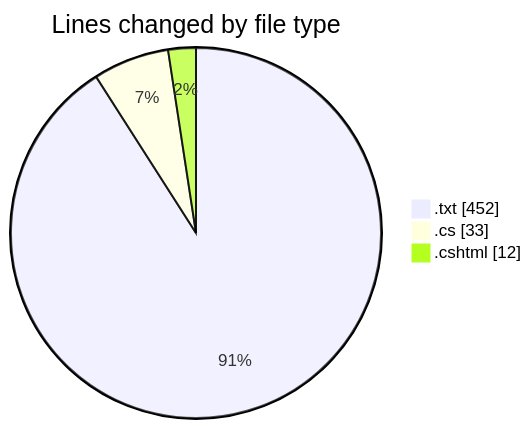
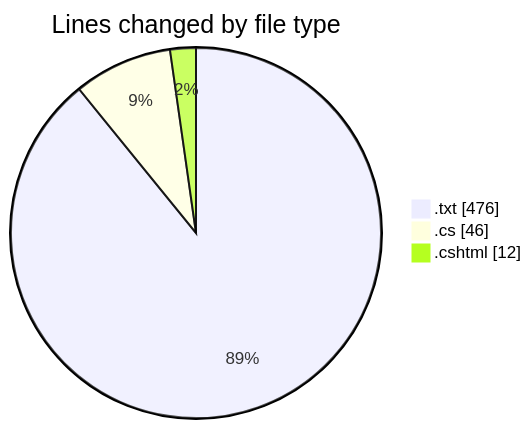
Before and after one commit to lephambinh05/code-tracking: the first of 2 diagrams in 2025-07-26/quanlyrapchieuphim-1/README.md, drawn with Mermaid. The commit also changed other lines of this file and 1 other file, not shown here.

````diff
--- a/2025-07-26/quanlyrapchieuphim-1/README.md
+++ b/2025-07-26/quanlyrapchieuphim-1/README.md
@@ -24,7 +24,7 @@
 ```mermaid
 pie showData
 title Lines changed by file type
-".txt" : 452
-".cs" : 33
+".txt" : 476
+".cs" : 46
 ".cshtml" : 12
 ```
````
